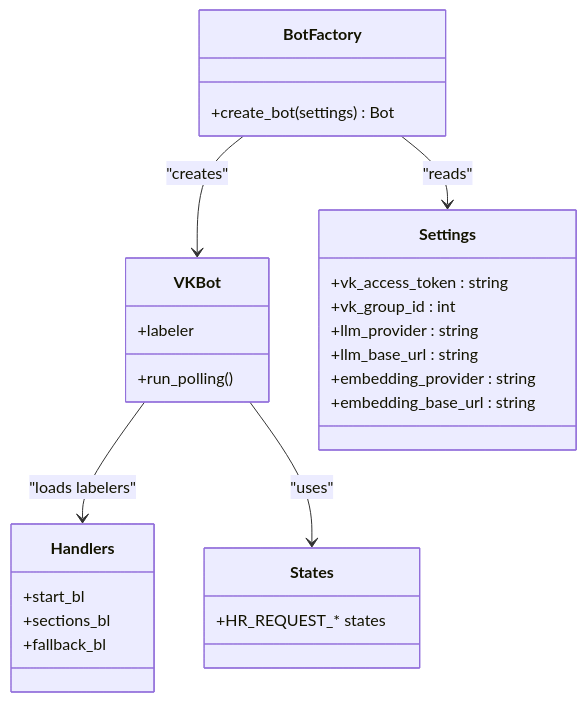
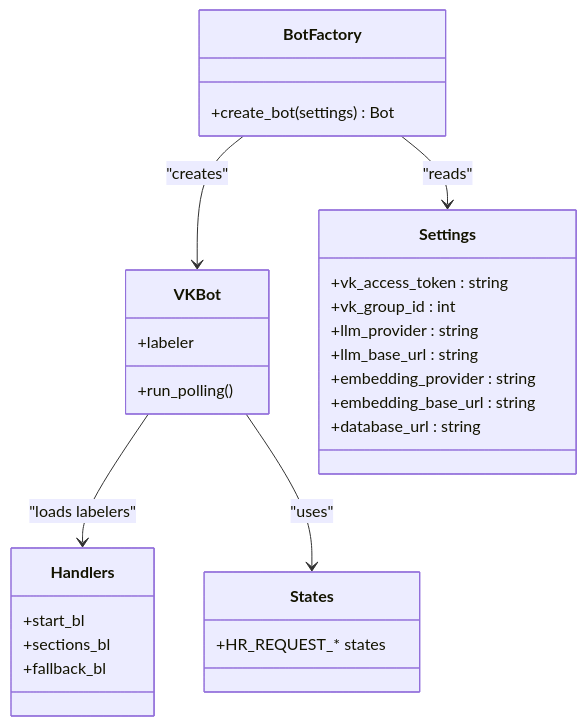
Before and after one commit to ognelis/cafetera_hr_bot: the seventh of 16 diagrams in .qoder/repowiki/en/content/Deployment and Operations.md, drawn with Mermaid. The commit also changed other lines of this file and 13 other files, not shown here.

````diff
--- a/.qoder/repowiki/en/content/Deployment and Operations.md
+++ b/.qoder/repowiki/en/content/Deployment and Operations.md
@@ -331,30 +381,31 @@
 ```mermaid
 classDiagram
 class BotFactory {
 +create_bot(settings) Bot
 }
 class VKBot {
 +labeler
 +run_polling()
 }
 class Handlers {
 +start_bl
 +sections_bl
 +fallback_bl
 }
 class States {
 +HR_REQUEST_* states
 }
 class Settings {
 +vk_access_token : string
 +vk_group_id : int
 +llm_provider : string
 +llm_base_url : string
 +embedding_provider : string
 +embedding_base_url : string
++database_url : string
 }
 BotFactory --> VKBot : "creates"
 VKBot --> Handlers : "loads labelers"
 VKBot --> States : "uses"
 BotFactory --> Settings : "reads"
 ```
````
